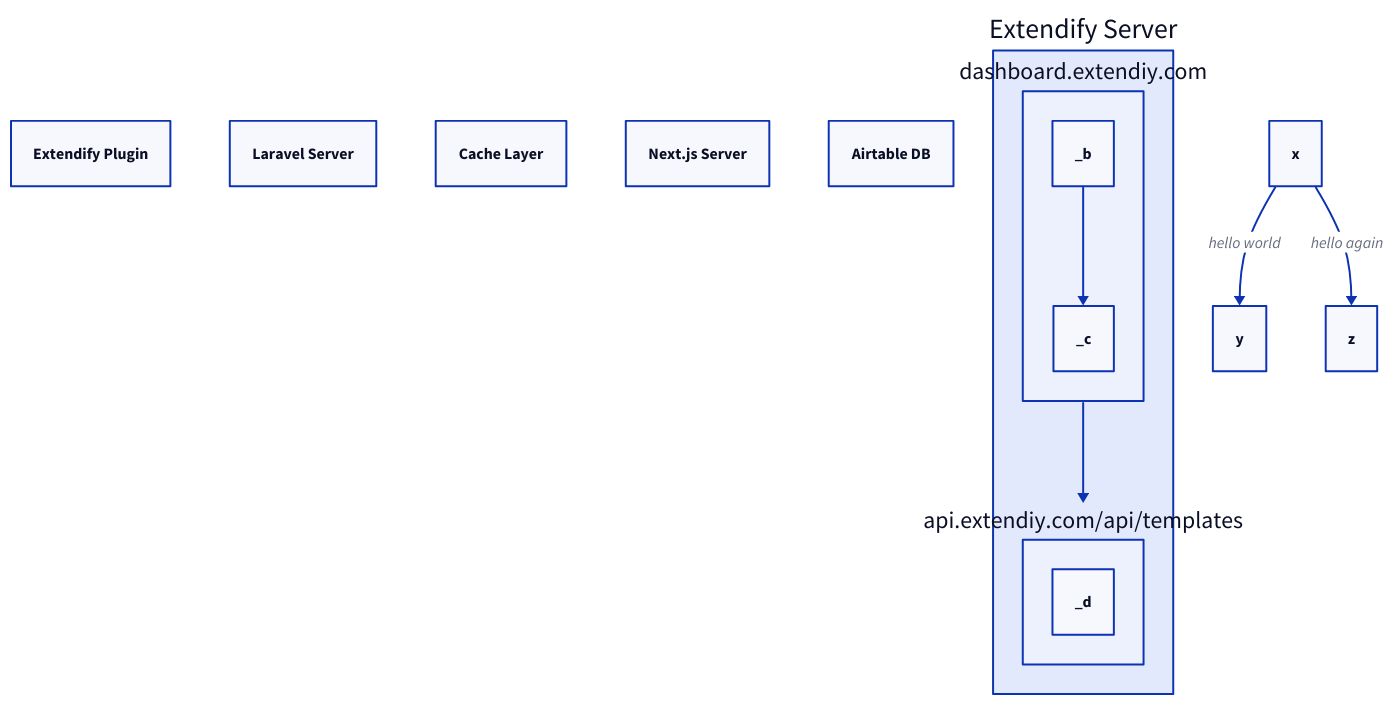
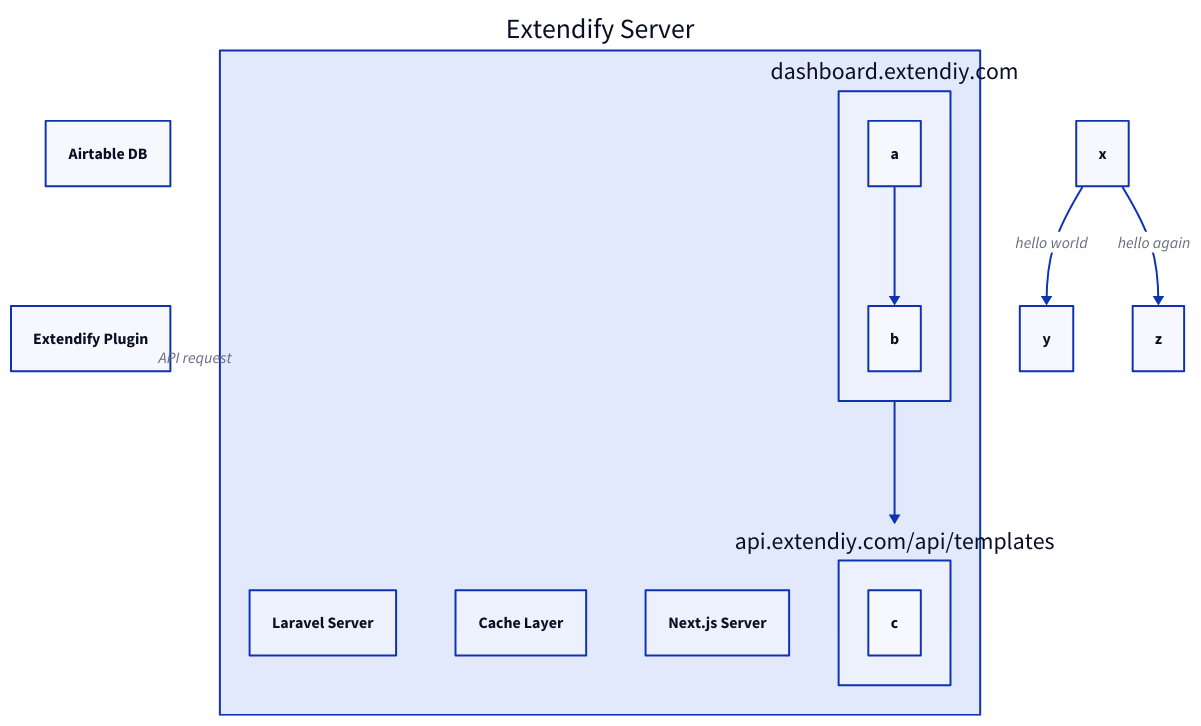
Before and after one commit to dgwyer/myapp: the diagram in d2/file.d2, drawn with D2.

Commit message:
try to render

```diff
--- a/d2/file.d2
+++ b/d2/file.d2
@@ -1,20 +1,22 @@
 a: Extendify Plugin
-b: Laravel Server
-c: Cache Layer
-d: Next.js Server
 e: Airtable DB
 
 extendifyServer: Extendify Server {
+  a: Laravel Server
+  b: Cache Layer
+  c: Next.js Server
+
   dashboardServer: dashboard.extendiy.com {
-    _b -> _c
+    a -> b
   }
 
   apiServer: api.extendiy.com/api/templates {
-    _d
+    c
   }
 
   dashboardServer -> apiServer
 }
 
+a -> extendifyServer: API request
 x -> y: hello world
 x -> z: hello again
```
